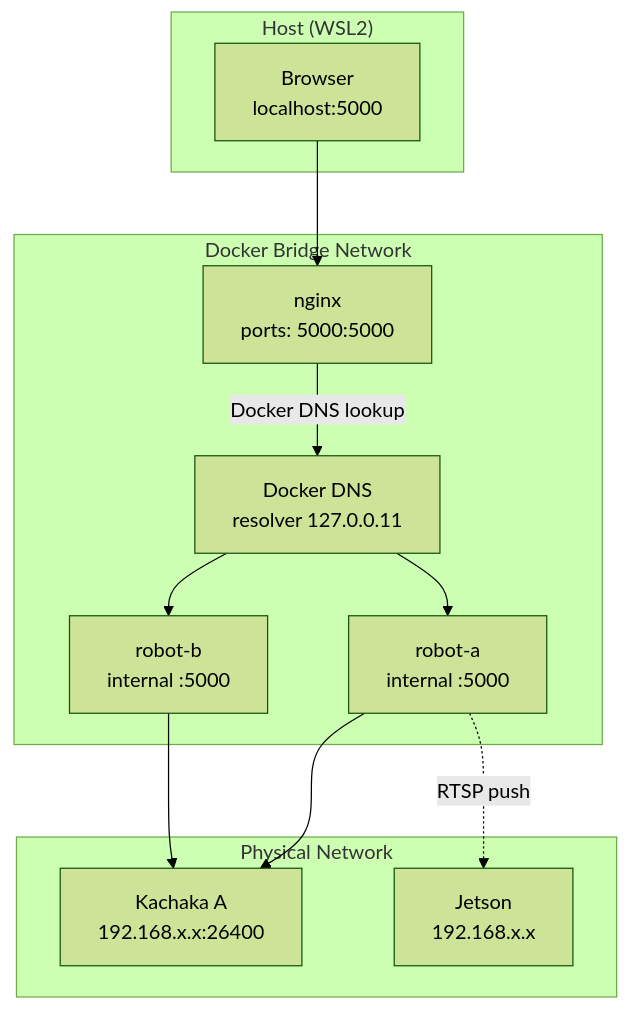
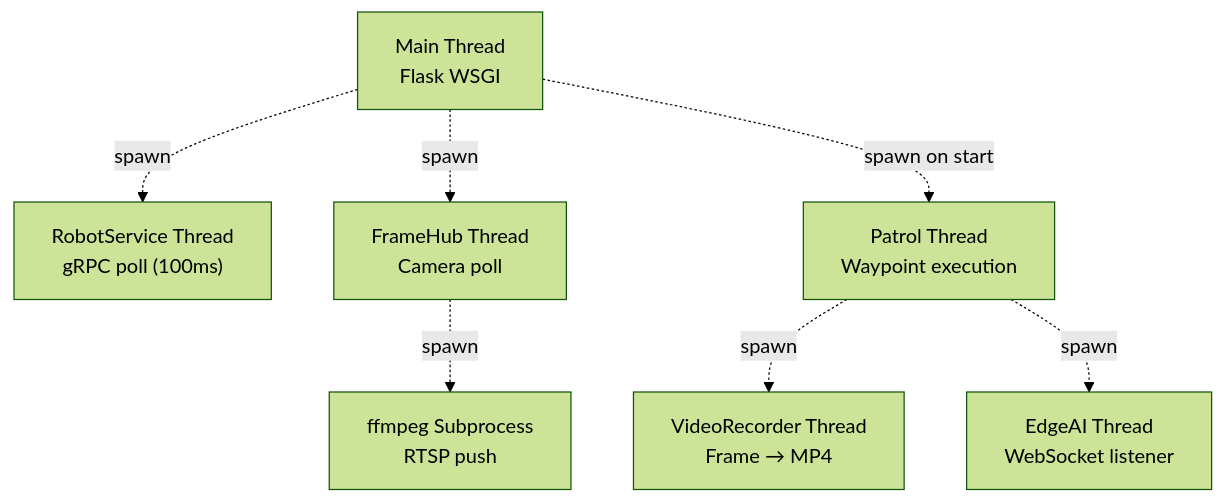
The fifth of 6 diagrams in docs/architecture.md (sigmarobotics/visual-patrol), drawn with Mermaid (forest theme) before and after one commit. The commit also changed other lines of this file and 2 other files, not shown here.

First line of the commit message:
docs: rewrite README and architecture docs with Mermaid diagrams

````diff
--- a/docs/architecture.md
+++ b/docs/architecture.md
@@ -503,26 +239,17 @@
 ```mermaid
 graph TD
-    subgraph "Host (WSL2)"
-        BROWSER["Browser<br/>localhost:5000"]
-    end
+    Main["Main Thread<br/>Flask WSGI"]
+    Poll["RobotService Thread<br/>gRPC poll (100ms)"]
+    FHThread["FrameHub Thread<br/>Camera poll"]
+    FFmpeg["ffmpeg Subprocess<br/>RTSP push"]
+    Patrol["Patrol Thread<br/>Waypoint execution"]
+    VRThread["VideoRecorder Thread<br/>Frame → MP4"]
+    EdgeWS["EdgeAI Thread<br/>WebSocket listener"]
 
-    subgraph "Docker Bridge Network"
-        NGINX["nginx<br/>ports: 5000:5000"]
-        RA["robot-a<br/>internal :5000"]
-        RB["robot-b<br/>internal :5000"]
-        DNS["Docker DNS<br/>resolver 127.0.0.11"]
-    end
-
-    subgraph "Physical Network"
-        KA["Kachaka A<br/>192.168.x.x:26400"]
-        JETSON["Jetson<br/>192.168.x.x"]
-    end
-
-    BROWSER --> NGINX
-    NGINX -- "Docker DNS lookup" --> DNS
-    DNS --> RA
-    DNS --> RB
-    RA --> KA
-    RB --> KA
-    RA -. "RTSP push" .-> JETSON
+    Main -.->|"spawn"| Poll
+    Main -.->|"spawn"| FHThread
+    FHThread -.->|"spawn"| FFmpeg
+    Main -.->|"spawn on start"| Patrol
+    Patrol -.->|"spawn"| VRThread
+    Patrol -.->|"spawn"| EdgeWS
 ```
````
